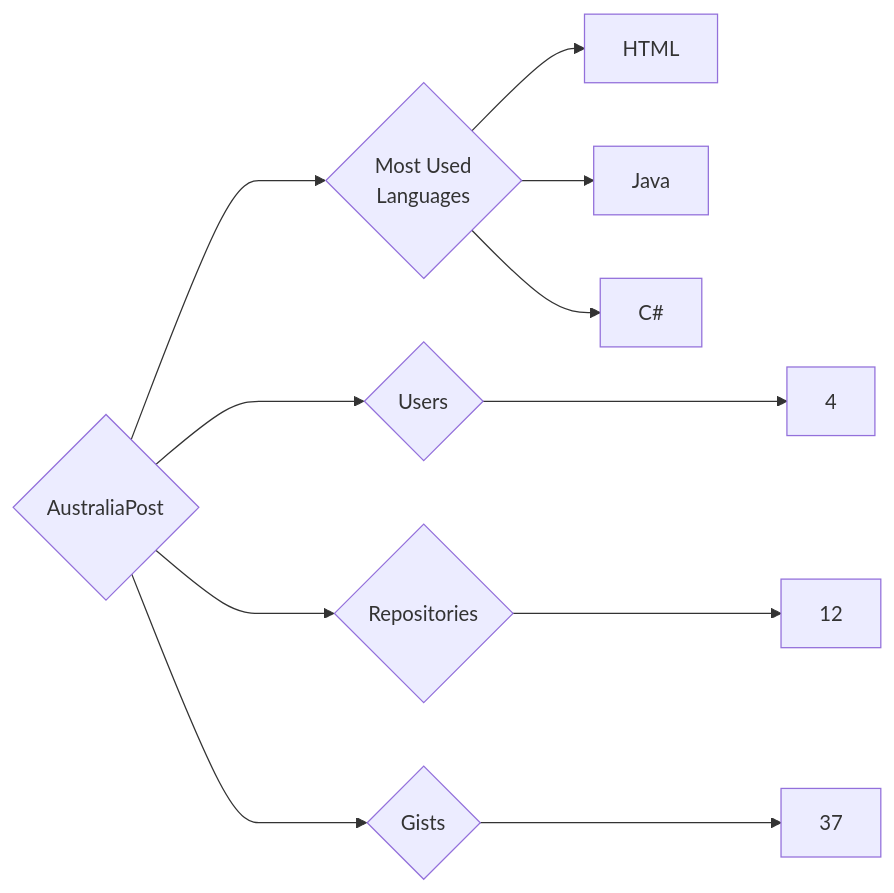
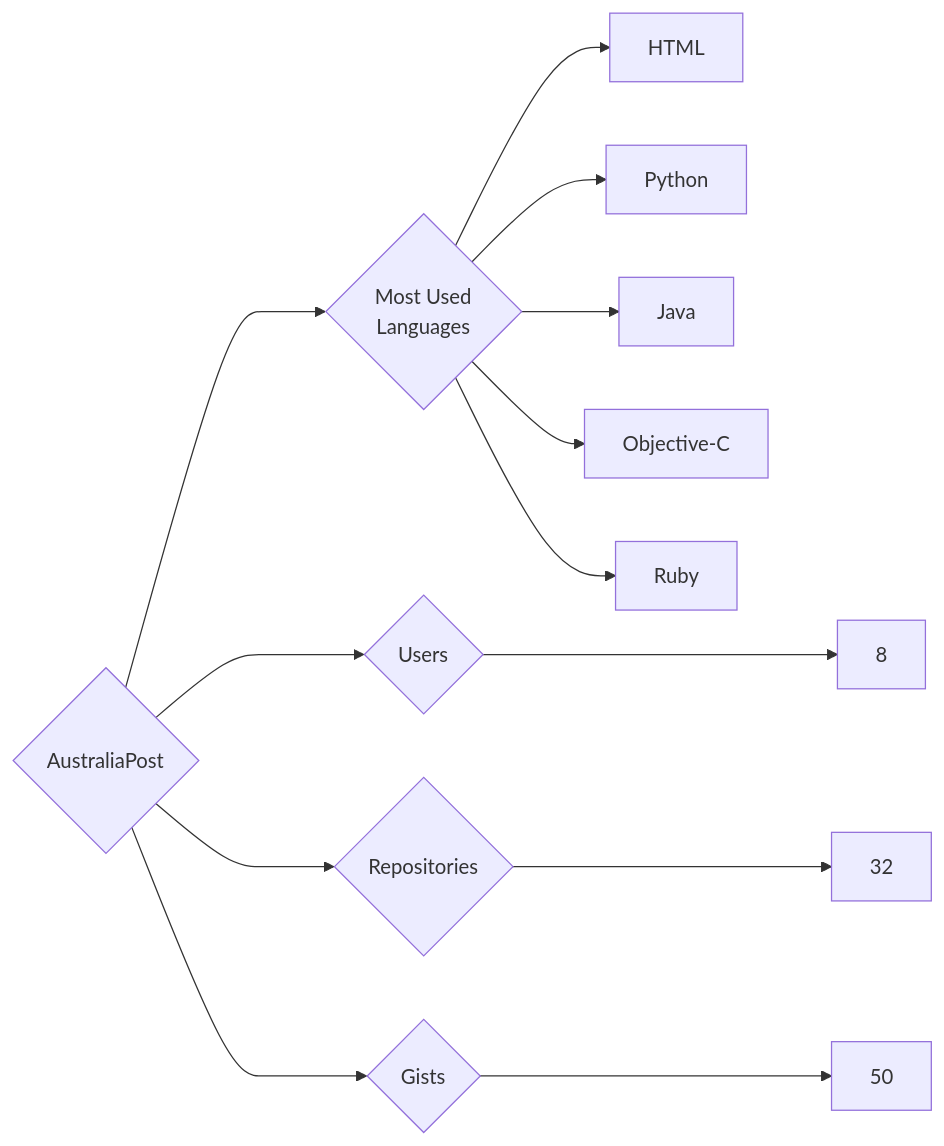
One commit to trickest/insiders changed the diagram in targets/AustraliaPost/README.md. Above: the diagram before and after it, drawn with Mermaid. The commit also changed 1167 other files, not shown here.

````diff
--- a/targets/AustraliaPost/README.md
+++ b/targets/AustraliaPost/README.md
@@ -3,11 +3,13 @@
 ```mermaid
 graph LR
 COMPANY_NAME{AustraliaPost}
-COMPANY_NAME ---> U{Users} ---> UN[4]
-COMPANY_NAME ---> R{Repositories} ---> RN[12]
-COMPANY_NAME ---> G{Gists} ---> GN[37]
+COMPANY_NAME ---> U{Users} ---> UN[8]
+COMPANY_NAME ---> R{Repositories} ---> RN[32]
+COMPANY_NAME ---> G{Gists} ---> GN[50]
 COMPANY_NAME ---> ML{Most Used<br>Languages}
 ML --> HTML[HTML]
+ML --> Python[Python]
 ML --> Java[Java]
-ML --> C#[C#]
+ML --> Objective-C[Objective-C]
+ML --> Ruby[Ruby]
 ```
````
